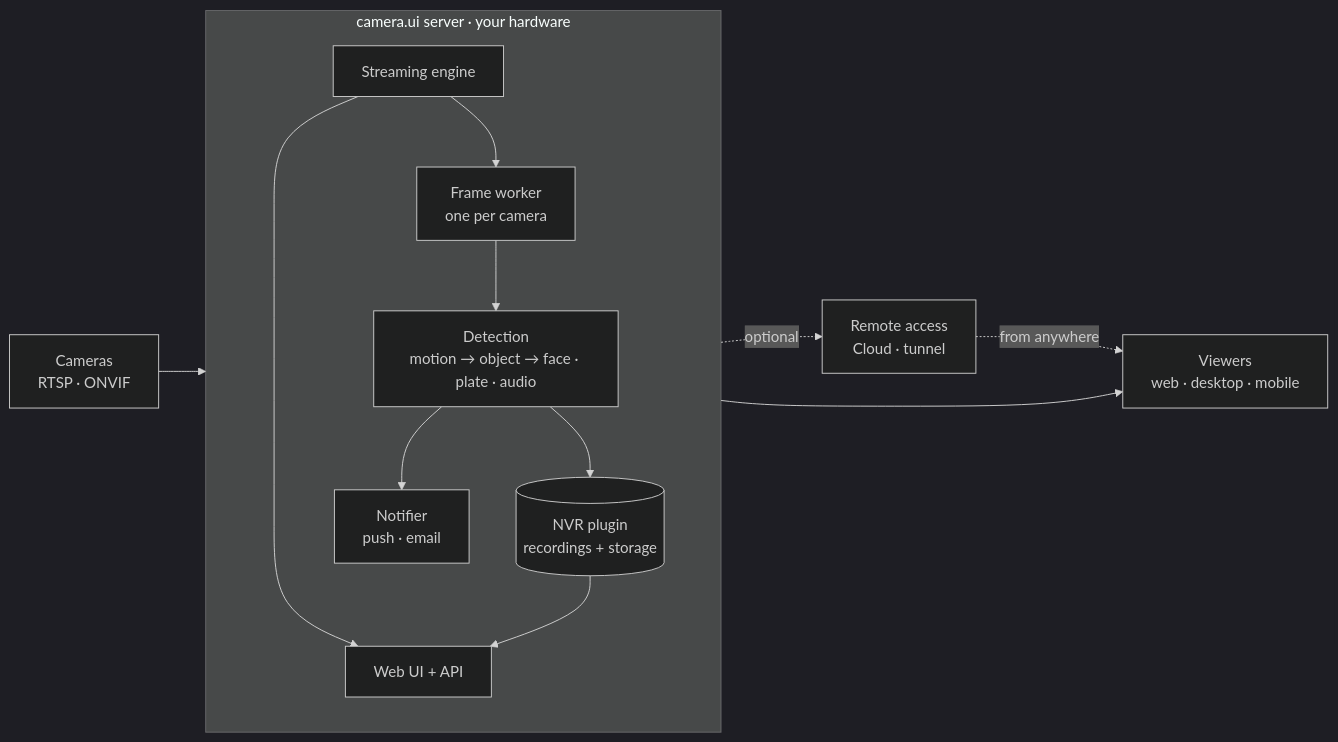
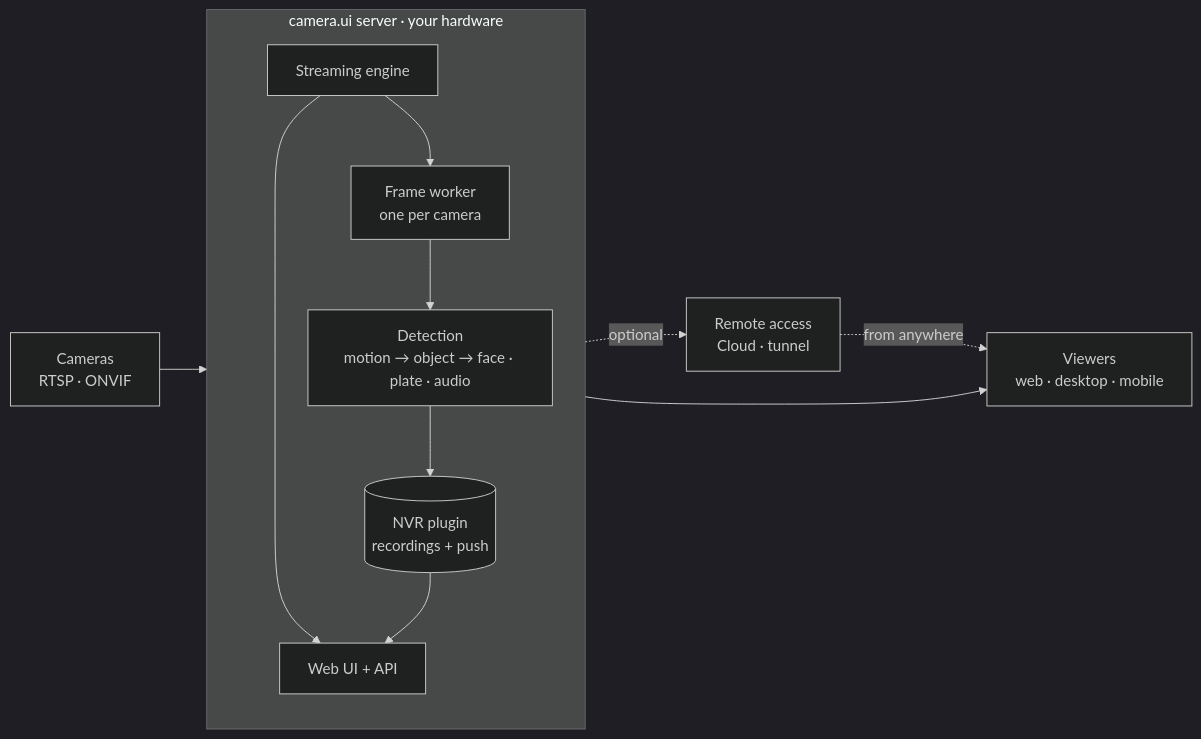
Before and after one commit to cameraui/docs: the diagram in intro/architecture.md, drawn with Mermaid (dark theme). The commit also changed other lines of this file and 108 other files, not shown here.

````diff
--- a/intro/architecture.md
+++ b/intro/architecture.md
@@ -15,19 +15,18 @@
 ```mermaid
 flowchart LR
   cam[Cameras<br/>RTSP · ONVIF]
 
   subgraph server[camera.ui server · your hardware]
     direction TB
     g[Streaming engine] --> fw[Frame worker<br/>one per camera]
     fw --> det[Detection<br/>motion → object → face · plate · audio]
-    det --> nvr[(NVR plugin<br/>recordings + storage)]
-    det --> notif[Notifier<br/>push · email]
+    det --> nvr[(NVR plugin<br/>recordings + push)]
     g --> api[Web UI + API]
     nvr --> api
   end
 
   cam --> g
   api --> viewers[Viewers<br/>web · desktop · mobile]
   api -. optional .-> remote[Remote access<br/>Cloud · tunnel]
   remote -. from anywhere .-> viewers
 ```
````
